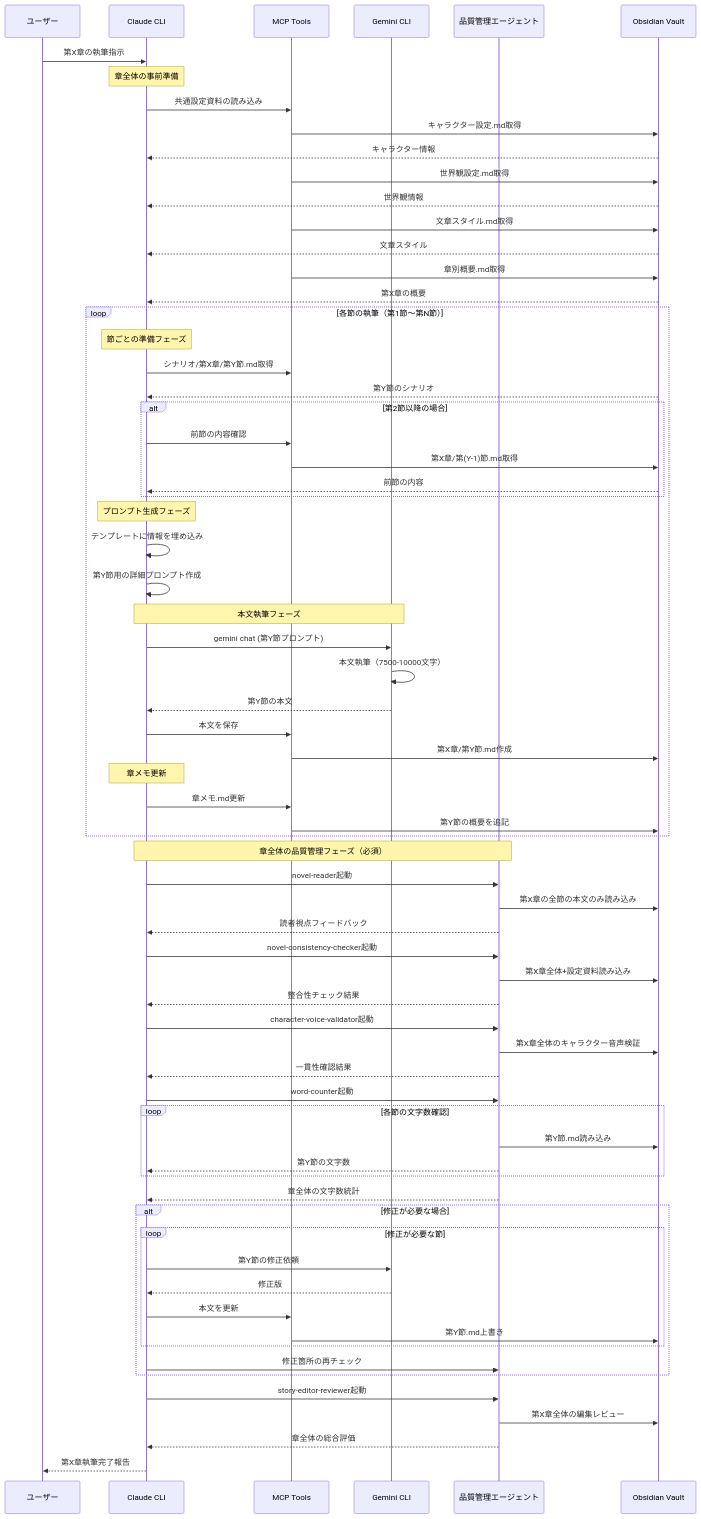
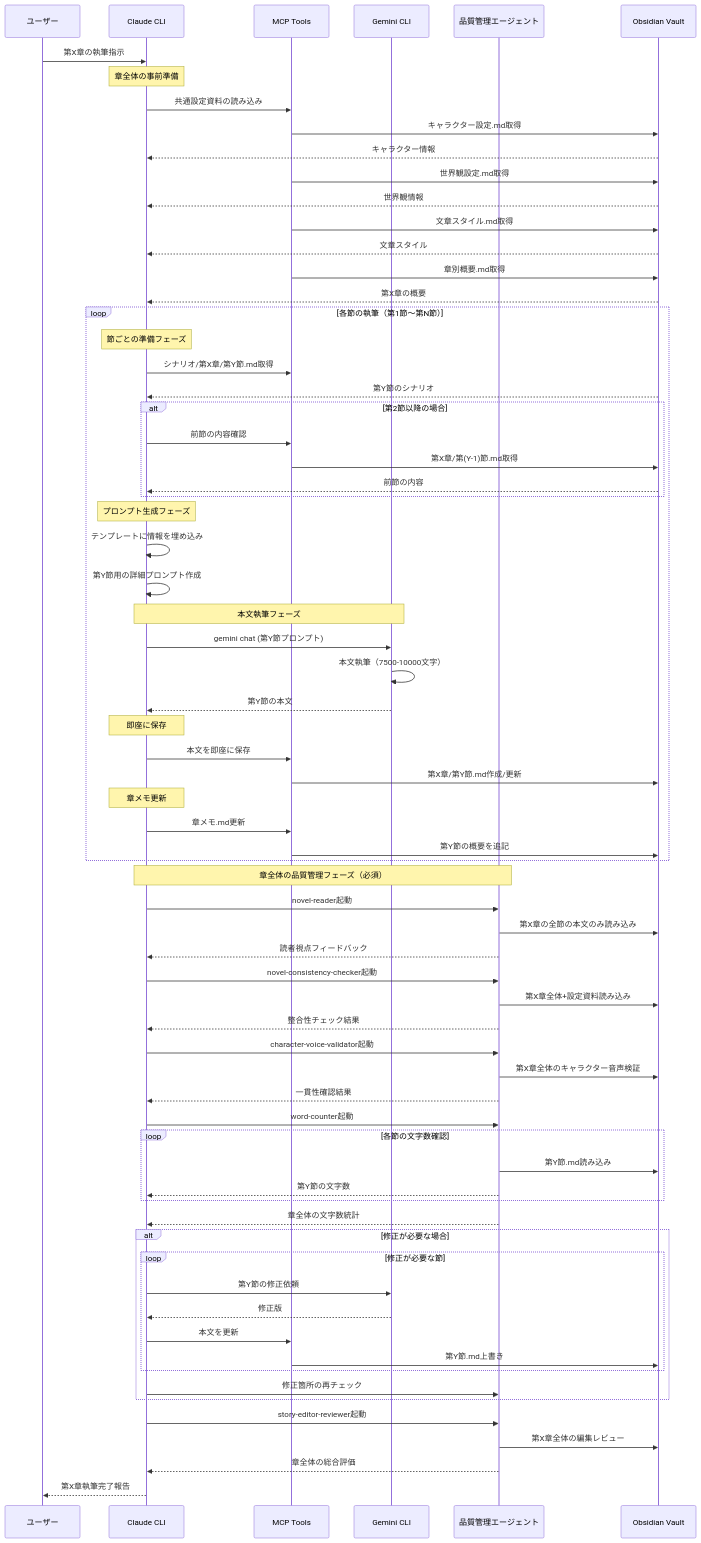
Before and after one commit to kent8192/agentic-novel: the diagram in CLAUDE.md, drawn with Mermaid.

Commit message:
update: 本文保存プロセスの明確化と即座保存機能の追加
- 本文保存のフローを即座保存に変更
- 第X章/第Y節.mdの作成/更新を明示化

```diff
--- a/CLAUDE.md
+++ b/CLAUDE.md
@@ -265,8 +265,9 @@
         Gemini->>Gemini: 本文執筆（7500-10000文字）
         Gemini-->>Claude: 第Y節の本文
 
-        Claude->>MCP: 本文を保存
-        MCP->>Vault: 第X章/第Y節.md作成
+        Note over Claude: 即座に保存
+        Claude->>MCP: 本文を即座に保存
+        MCP->>Vault: 第X章/第Y節.md作成/更新
 
         Note over Claude: 章メモ更新
         Claude->>MCP: 章メモ.md更新
```
